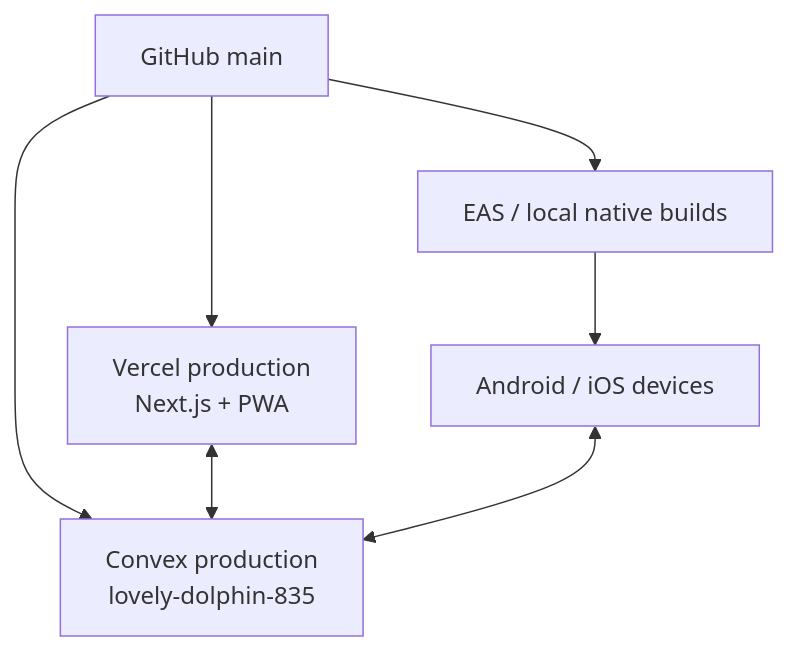
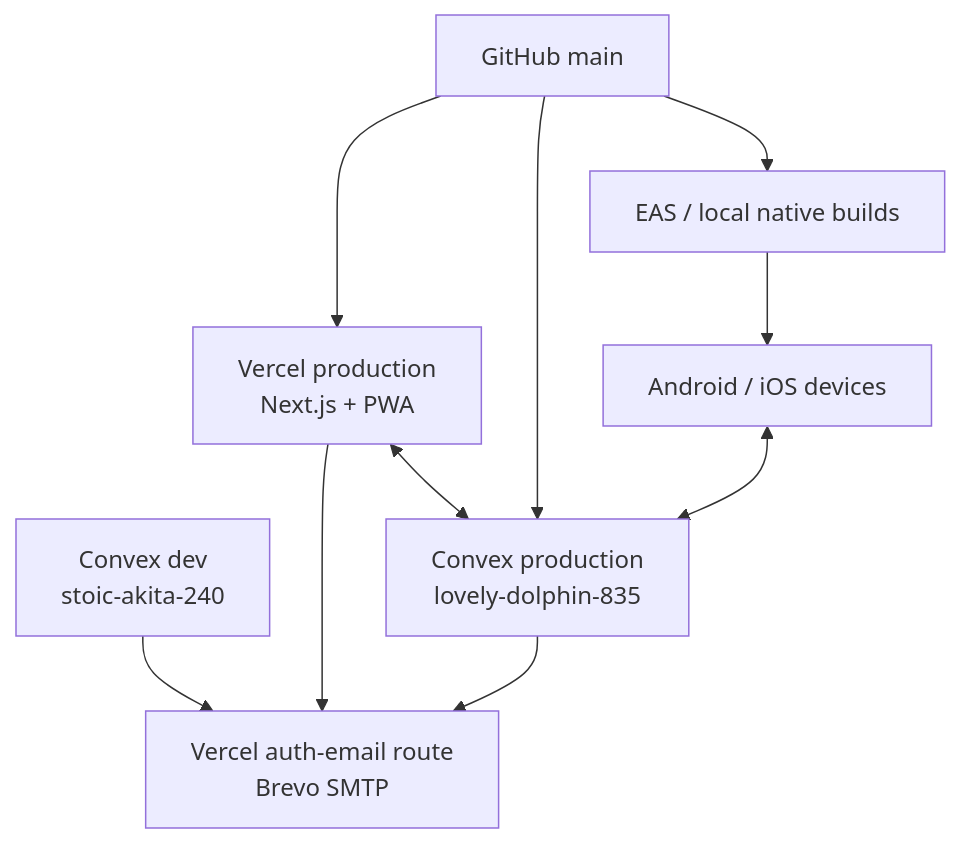
The seventh of 7 diagrams in architecture.md (Seyamalam/pstu_final), drawn with Mermaid before and after one commit. The commit also changed other lines of this file and 3 other files, not shown here.

Commit message:
docs: record release architecture and coverage

````diff
--- a/architecture.md
+++ b/architecture.md
@@ -260,15 +281,20 @@
 ```mermaid
 flowchart TB
     GH[GitHub main]
     V[Vercel production<br/>Next.js + PWA]
+    ED[Vercel auth-email route<br/>Brevo SMTP]
+    CD[Convex dev<br/>stoic-akita-240]
     CX[Convex production<br/>lovely-dolphin-835]
     EAS[EAS / local native builds]
     AND[Android / iOS devices]
 
     GH --> V
+    V --> ED
+    CD --> ED
+    CX --> ED
     GH --> CX
     GH --> EAS
     V <--> CX
     EAS --> AND
     AND <--> CX
 ```
````
